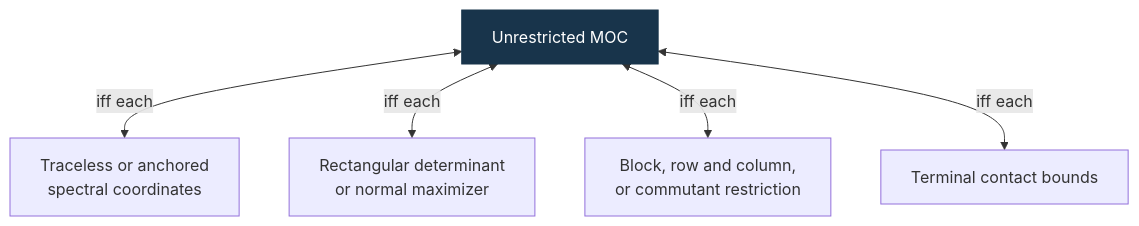
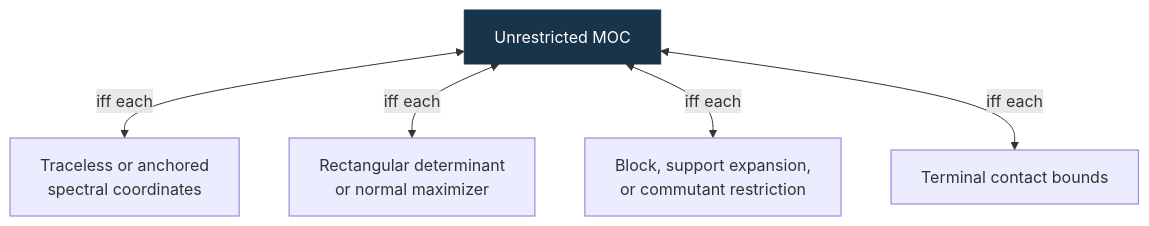
The fourth of 10 diagrams in Docs/all-orders-proof-map.md (ascendnoosphere/MOC), drawn with Mermaid before and after one commit. The commit also changed other lines of this file and 9 other files, not shown here.

````diff
--- a/Docs/all-orders-proof-map.md
+++ b/Docs/all-orders-proof-map.md
@@ -242,15 +242,15 @@
 ```mermaid
 flowchart BT
     accTitle: Exact tests after spectral normalization or structural restriction
     accDescr: The normalization, rectangular, and structural tests are exact all-order routes. The exact contact tests are documented separately.
     Goal["Unrestricted MOC"]:::goal
     Spectra["Traceless or anchored<br/>spectral coordinates"]
     Shape["Rectangular determinant<br/>or normal maximizer"]
-    Least["Block, row and column,<br/>or commutant restriction"]
+    Least["Block, support expansion,<br/>or commutant restriction"]
     Contact["Terminal contact bounds"]
     Spectra <-->|iff each| Goal
     Shape <-->|iff each| Goal
     Least <-->|iff each| Goal
     Contact <-->|iff each| Goal
     classDef goal fill:#18344b,stroke:#18344b,color:#fff
 ```
````
